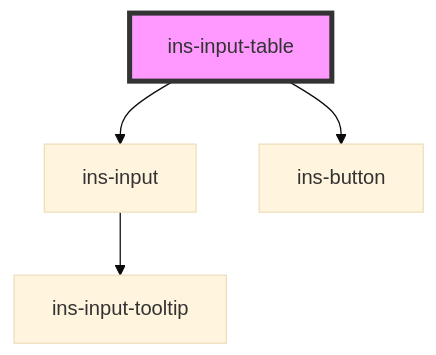
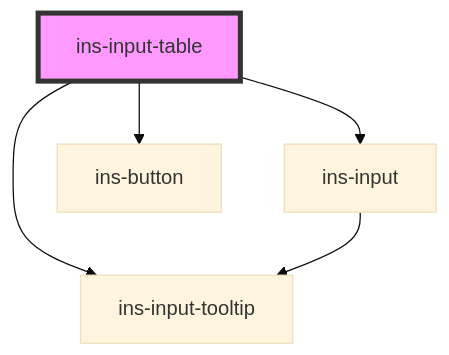
One commit to insites-io/insites-components-v2 changed the diagram in components/src/components/ins-input-table/readme.md. Above: the diagram before and after it, drawn with Mermaid (base theme). The commit also changed other lines of this file and 5 other files, not shown here.

Commit message:
Fix ins-input-table rendering

````diff
--- a/components/src/components/ins-input-table/readme.md
+++ b/components/src/components/ins-input-table/readme.md
@@ -65,7 +67,8 @@
 ```mermaid
 graph TD;
+  ins-input-table --> ins-input-tooltip
   ins-input-table --> ins-input
   ins-input-table --> ins-button
   ins-input --> ins-input-tooltip
   style ins-input-table fill:#f9f,stroke:#333,stroke-width:4px
 ```
````
